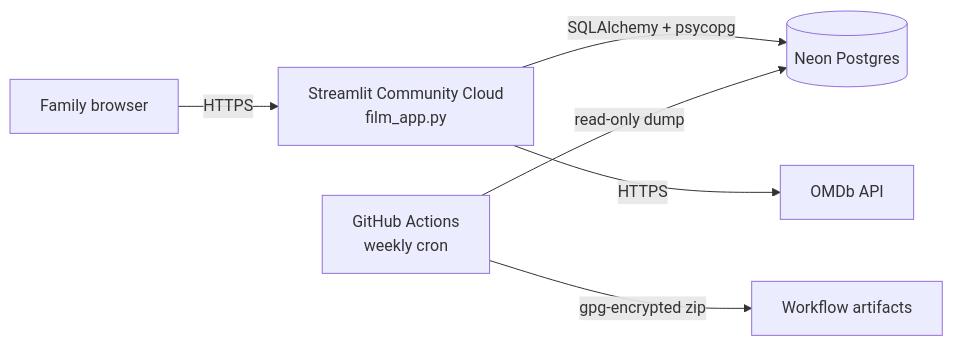
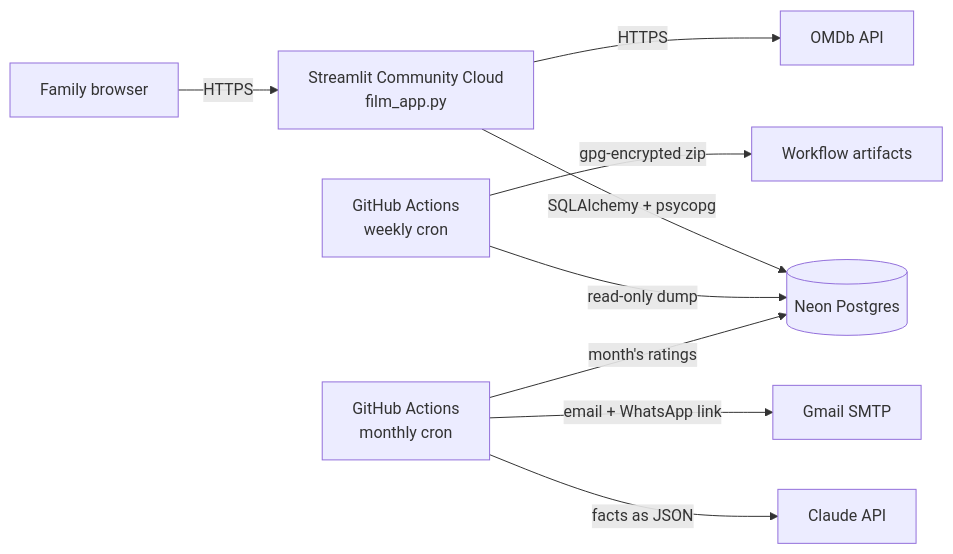
Before and after one commit to josephperrin98/perrin-family-movies: the first of 2 diagrams in README.md, drawn with Mermaid. The commit also changed other lines of this file, not shown here.

First line of the commit message:
docs: explain the monthly summary in the README

````diff
--- a/README.md
+++ b/README.md
@@ -43,8 +45,11 @@
 ```mermaid
 flowchart LR
     Family[Family browser] -->|HTTPS| App[Streamlit Community Cloud<br/>film_app.py]
     App -->|SQLAlchemy + psycopg| DB[(Neon Postgres)]
     App -->|HTTPS| OMDb[OMDb API]
     GH[GitHub Actions<br/>weekly cron] -->|read-only dump| DB
     GH -->|gpg-encrypted zip| Artifacts[Workflow artifacts]
+    GH2[GitHub Actions<br/>monthly cron] -->|month's ratings| DB
+    GH2 -->|facts as JSON| Claude[Claude API]
+    GH2 -->|email + WhatsApp link| Gmail[Gmail SMTP]
 ```
````
